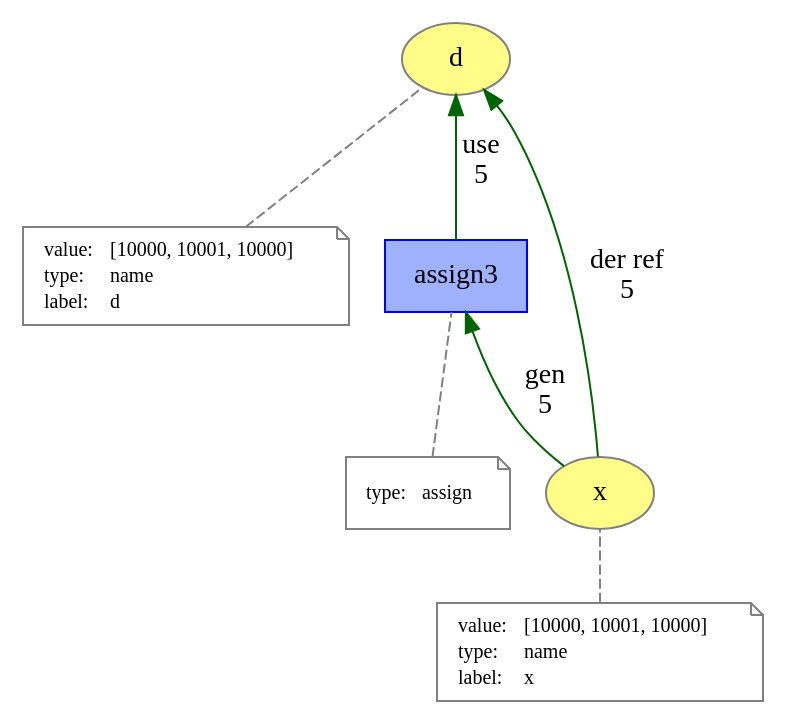
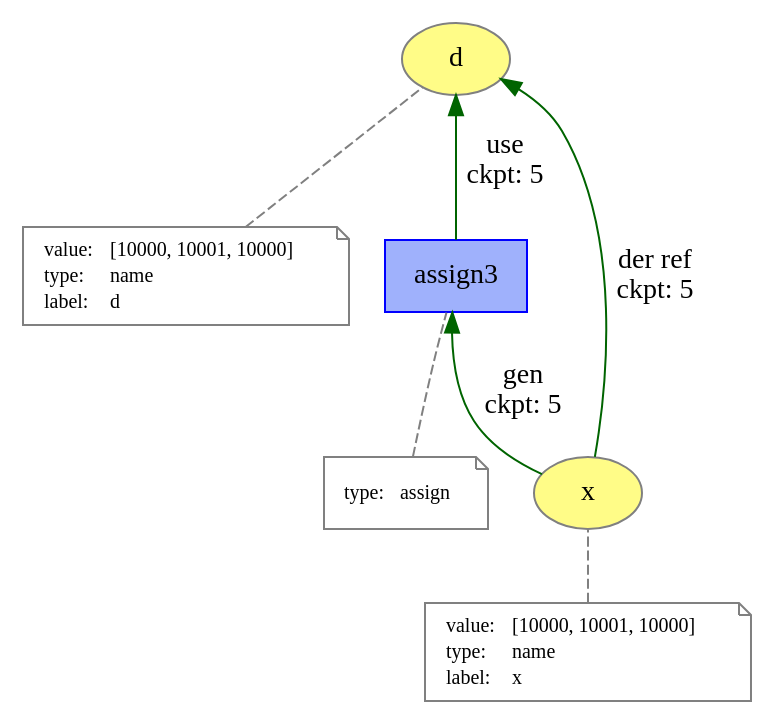
The diagram in generated/versioned_prov/list_assign2.dot (dew-uff/versioned-prov), drawn with Graphviz before and after one commit. The commit also changed 975 other files, not shown here.

```diff
--- a/generated/versioned_prov/list_assign2.dot
+++ b/generated/versioned_prov/list_assign2.dot
@@ -1,48 +1,48 @@
 digraph "PROV" { size="16,12"; rankdir="BT";
 "http://example.org/d" [fillcolor="#FFFC87",color="#808080",style="filled",label="d",URL="http://example.org/d"]
-"-attrs0" [color="gray",shape="note",fontsize="10",fontcolor="black",label=<<TABLE cellpadding="0" border="0">
+"http://example.org/d-attrs" [color="gray",shape="note",fontsize="10",fontcolor="black",label=<<TABLE cellpadding="0" border="0">
 	<TR>
 	    <TD align="left">value:</TD>
 	    <TD align="left">[10000, 10001, 10000]</TD>
 	</TR>
 	<TR>
 	    <TD align="left">type:</TD>
 	    <TD align="left">name</TD>
 	</TR>
 	<TR>
 	    <TD align="left">label:</TD>
 	    <TD align="left">d</TD>
 	</TR>
 </TABLE>>]
-"-attrs0" -> "http://example.org/d" [color="gray",style="dashed",arrowhead="none"]
+"http://example.org/d-attrs" -> "http://example.org/d" [color="gray",style="dashed",arrowhead="none"]
 "http://example.org/x" [fillcolor="#FFFC87",color="#808080",style="filled",label="x",URL="http://example.org/x"]
-"-attrs1" [color="gray",shape="note",fontsize="10",fontcolor="black",label=<<TABLE cellpadding="0" border="0">
+"http://example.org/x-attrs" [color="gray",shape="note",fontsize="10",fontcolor="black",label=<<TABLE cellpadding="0" border="0">
 	<TR>
 	    <TD align="left">value:</TD>
 	    <TD align="left">[10000, 10001, 10000]</TD>
 	</TR>
 	<TR>
 	    <TD align="left">type:</TD>
 	    <TD align="left">name</TD>
 	</TR>
 	<TR>
 	    <TD align="left">label:</TD>
 	    <TD align="left">x</TD>
 	</TR>
 </TABLE>>]
-"-attrs1" -> "http://example.org/x" [color="gray",style="dashed",arrowhead="none"]
+"http://example.org/x-attrs" -> "http://example.org/x" [color="gray",style="dashed",arrowhead="none"]
 "http://example.org/assign3" [fillcolor="#9FB1FC",color="#0000FF",shape="polygon",sides="4",style="filled",label="assign3",URL="http://example.org/assign3"]
-"-attrs2" [color="gray",shape="note",fontsize="10",fontcolor="black",label=<<TABLE cellpadding="0" border="0">
+"http://example.org/assign3-attrs" [color="gray",shape="note",fontsize="10",fontcolor="black",label=<<TABLE cellpadding="0" border="0">
 	<TR>
 	    <TD align="left">type:</TD>
 	    <TD align="left">assign</TD>
 	</TR>
 </TABLE>>]
-"-attrs2" -> "http://example.org/assign3" [color="gray",style="dashed",arrowhead="none"]
-"http://example.org/x" -> "http://example.org/d" [labelfontsize="8",labeldistance="1.5",color="darkgreen",labelangle="60.0",rotation="20",label="der ref
-5"]
-"http://example.org/assign3" -> "http://example.org/d" [labelfontsize="8",labeldistance="1.5",color="darkgreen",labelangle="60.0",rotation="20",label="use
-5"]
-"http://example.org/x" -> "http://example.org/assign3" [labelfontsize="8",labeldistance="1.5",color="darkgreen",labelangle="60.0",rotation="20",label="gen
-5"]
+"http://example.org/assign3-attrs" -> "http://example.org/assign3" [color="gray",style="dashed",arrowhead="none"]
+"http://example.org/x" -> "http://example.org/d" [fontsize="14",labeldistance="1.5",color="darkgreen",labelangle="60.0",rotation="20",label="der ref
+ckpt: 5"]
+"http://example.org/assign3" -> "http://example.org/d" [fontsize="14",labeldistance="1.5",color="darkgreen",labelangle="60.0",rotation="20",label="use
+ckpt: 5"]
+"http://example.org/x" -> "http://example.org/assign3" [fontsize="14",labeldistance="1.5",color="darkgreen",labelangle="60.0",rotation="20",label="gen
+ckpt: 5"]
 }
```
